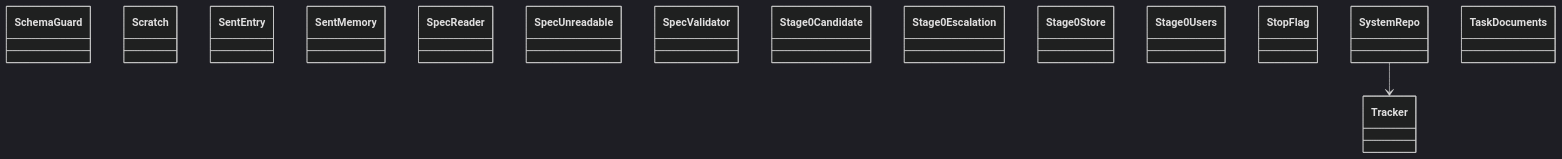
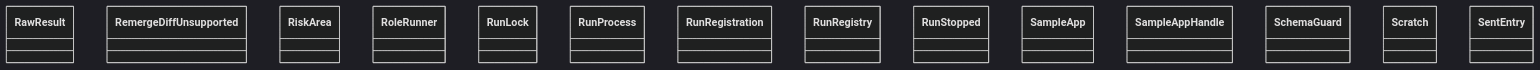
One commit to GonzaloZevallos/agentic-system changed the diagram in docs/architecture/generated/classes-process-application-support-6.md. Above: the diagram before and after it, drawn with Mermaid (dark theme). The commit also changed other lines of this file and 20 other files, not shown here.

Commit message:
Regenerate the architecture docs for the notifier ports and FilesystemNotified

````diff
--- a/docs/architecture/generated/classes-process-application-support-6.md
+++ b/docs/architecture/generated/classes-process-application-support-6.md
@@ -20,19 +21,17 @@
 ```mermaid
 classDiagram
+    class ports__RawResult["RawResult"]
+    class ports__RemergeDiffUnsupported["RemergeDiffUnsupported"]
+    class ports__RiskArea["RiskArea"]
+    class ports__RoleRunner["RoleRunner"]
+    class ports__RunLock["RunLock"]
+    class ports__RunProcess["RunProcess"]
+    class ports__RunRegistration["RunRegistration"]
+    class ports__RunRegistry["RunRegistry"]
+    class ports__RunStopped["RunStopped"]
+    class ports__SampleApp["SampleApp"]
+    class ports__SampleAppHandle["SampleAppHandle"]
     class ports__SchemaGuard["SchemaGuard"]
     class ports__Scratch["Scratch"]
     class ports__SentEntry["SentEntry"]
-    class ports__SentMemory["SentMemory"]
-    class ports__SpecReader["SpecReader"]
-    class ports__SpecUnreadable["SpecUnreadable"]
-    class ports__SpecValidator["SpecValidator"]
-    class ports__Stage0Candidate["Stage0Candidate"]
-    class ports__Stage0Escalation["Stage0Escalation"]
-    class ports__Stage0Store["Stage0Store"]
-    class ports__Stage0Users["Stage0Users"]
-    class ports__StopFlag["StopFlag"]
-    class ports__SystemRepo["SystemRepo"]
-    class ports__TaskDocuments["TaskDocuments"]
-    class ports__Tracker["Tracker"]
-    ports__SystemRepo --> ports__Tracker
 ```
````
